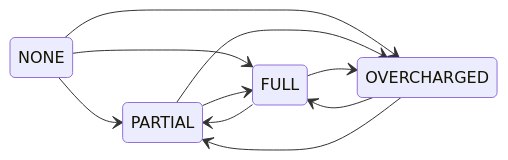
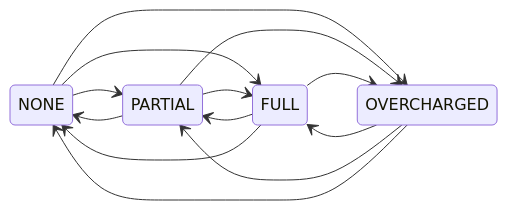
The third of 5 diagrams in docs/developer/payments/lifecycle.mdx (saleor/saleor-docs), drawn with Mermaid before and after one commit. The commit also changed other lines of this file and 1 other file, not shown here.

````diff
--- a/docs/developer/payments/lifecycle.mdx
+++ b/docs/developer/payments/lifecycle.mdx
@@ -123,17 +166,20 @@
 ```mermaid
 stateDiagram-v2
  direction LR
 
- NONE --> PARTIAL
- NONE --> FULL
- NONE --> OVERCHARGED
+  NONE --> PARTIAL
+  NONE --> FULL
+  NONE --> OVERCHARGED
 
- PARTIAL --> FULL
- PARTIAL --> OVERCHARGED
- OVERCHARGED --> FULL
- OVERCHARGED --> PARTIAL
+  PARTIAL --> FULL
+  PARTIAL --> OVERCHARGED
+  PARTIAL --> NONE
 
+  OVERCHARGED --> FULL
+  OVERCHARGED --> PARTIAL
+  OVERCHARGED --> NONE
 
- FULL --> OVERCHARGED
- FULL --> PARTIAL
+  FULL --> OVERCHARGED
+  FULL --> PARTIAL
+  FULL --> NONE
 ```
````
